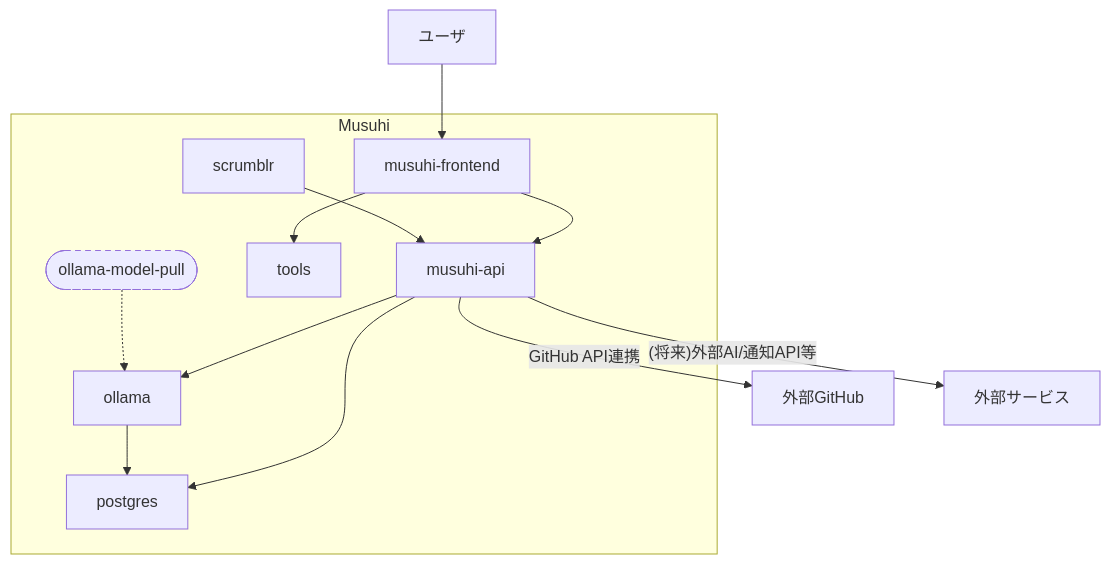
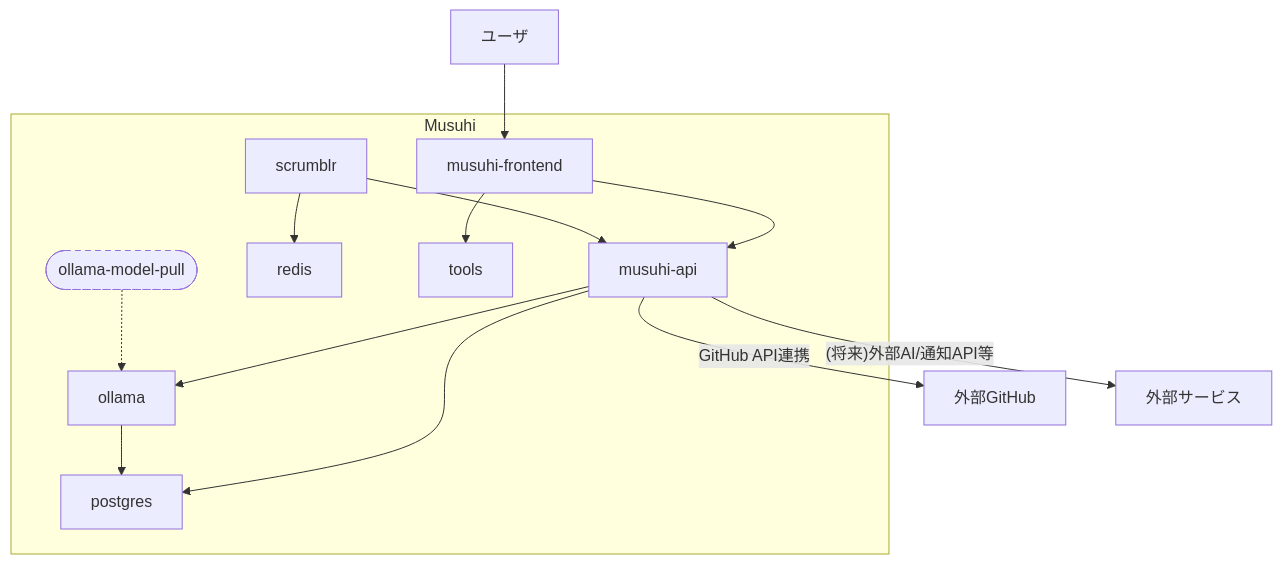
Before and after one commit to BossApe/lo-vibe: the diagram in _document/003.設計・開発・テストフェーズ/003.設計/システム構成図.md, drawn with Mermaid. The commit also changed other lines of this file and 4 other files, not shown here.

````diff
--- a/_document/003.設計・開発・テストフェーズ/003.設計/システム構成図.md
+++ b/_document/003.設計・開発・テストフェーズ/003.設計/システム構成図.md
@@ -21,26 +23,28 @@
 ```mermaid
 graph TD
     subgraph Musuhi
         A[musuhi-frontend]
         B[musuhi-api]
         C[scrumblr]
+        R[redis]
         D[tools]
         E[ollama]
         F[postgres]
         J([ollama-model-pull]):::dashed
     end
     G[ユーザ]
     H[外部GitHub]
     I[外部サービス]
     G --> A
     A --> B
     B --> F
     B --> E
     B -- "GitHub API連携" --> H
     B -- "(将来)外部AI/通知API等" --> I
     A --> D
     C --> B
+    C --> R
     E --> F
     J -.-> E
     classDef dashed stroke-dasharray: 5 5;
 ```
````
